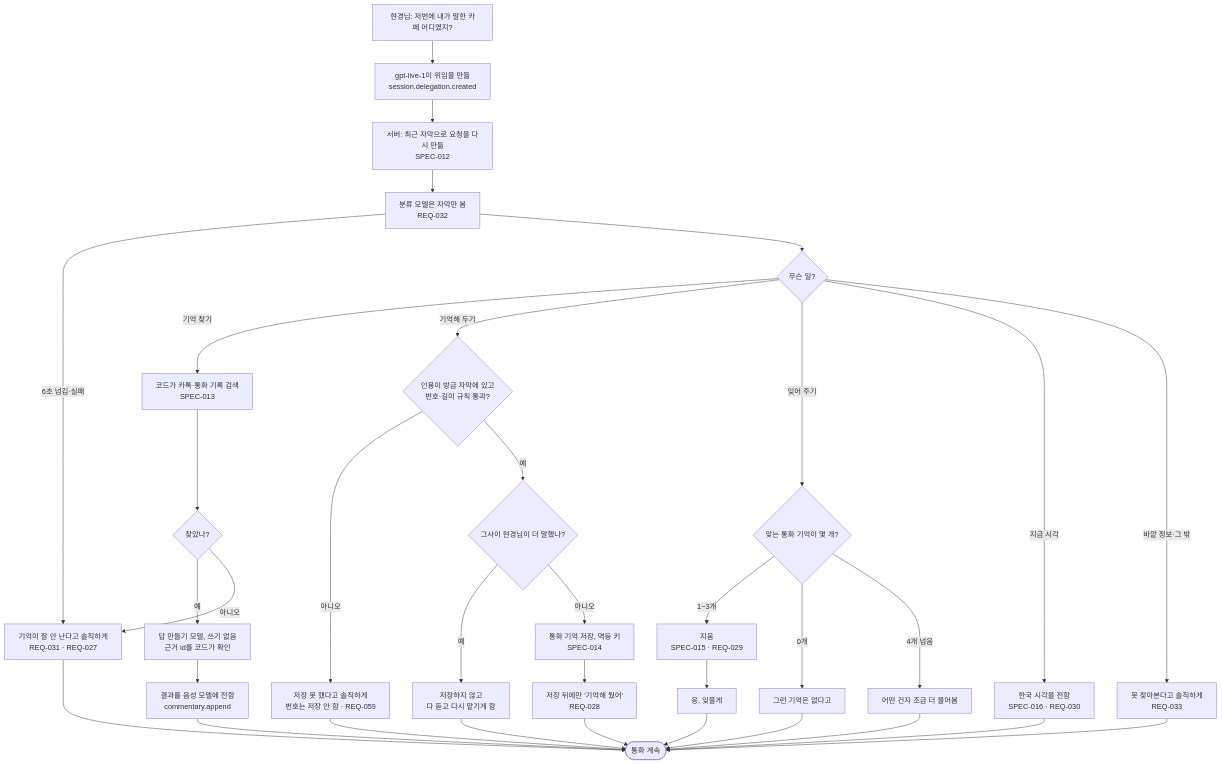
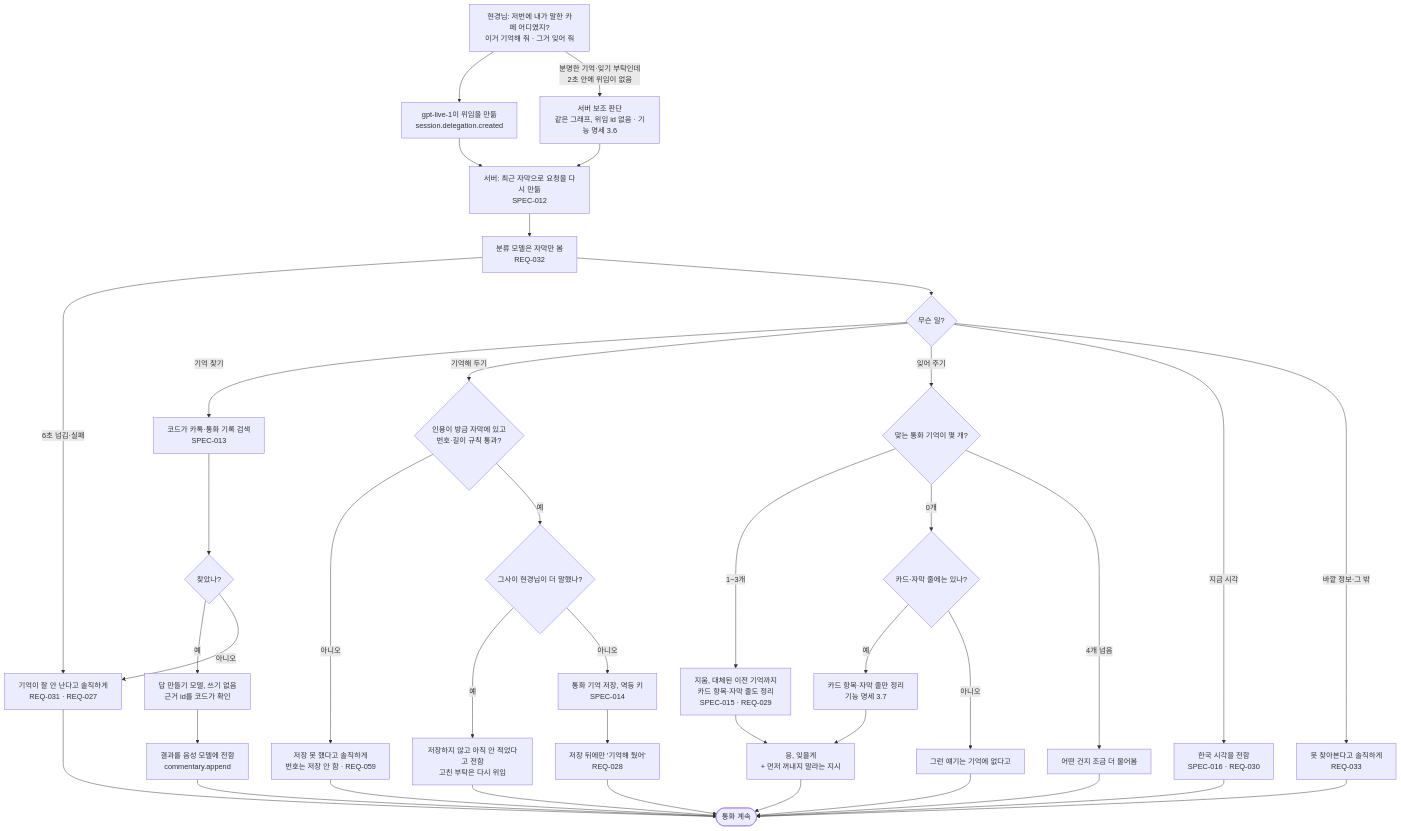
One commit to kodonghui/marong2 changed the diagram in docs/03-user-flow/FL-003-delegation.md. Above: the diagram before and after it, drawn with Mermaid. The commit also changed other lines of this file and 22 other files, not shown here.

````diff
--- a/docs/03-user-flow/FL-003-delegation.md
+++ b/docs/03-user-flow/FL-003-delegation.md
@@ -6,31 +6,35 @@
 ```mermaid
 flowchart TD
-  A["현경님: 저번에 내가 말한 카페 어디였지?"] --> B["gpt-live-1이 위임을 만듦<br/>session.delegation.created"]
+  A["현경님: 저번에 내가 말한 카페 어디였지?<br/>이거 기억해 줘 · 그거 잊어 줘"] --> B["gpt-live-1이 위임을 만듦<br/>session.delegation.created"]
+  A -->|"분명한 기억·잊기 부탁인데<br/>2초 안에 위임이 없음"| B2["서버 보조 판단<br/>같은 그래프, 위임 id 없음 · 기능 명세 3.6"]
   B --> C["서버: 최근 자막으로 요청을 다시 만듦<br/>SPEC-012"]
+  B2 --> C
   C --> D["분류 모델은 자막만 봄<br/>REQ-032"]
   D -->|"6초 넘김·실패"| N["기억이 잘 안 난다고 솔직하게<br/>REQ-031 · REQ-027"]
   D --> E{"무슨 일?"}
   E -->|"기억 찾기"| F["코드가 카톡·통화 기록 검색<br/>SPEC-013"]
   F --> F1{"찾았나?"}
   F1 -->|예| F2["답 만들기 모델, 쓰기 없음<br/>근거 id를 코드가 확인"] --> R["결과를 음성 모델에 전함<br/>commentary.append"]
   F1 -->|아니오| N
   E -->|"기억해 두기"| G{"인용이 방금 자막에 있고<br/>번호·길이 규칙 통과?"}
   G -->|아니오| N2["저장 못 했다고 솔직하게<br/>번호는 저장 안 함 · REQ-059"]
   G -->|예| G1{"그사이 현경님이 더 말했나?"}
-  G1 -->|예| G2["저장하지 않고<br/>다 듣고 다시 맡기게 함"]
+  G1 -->|예| G2["저장하지 않고 아직 안 적었다고 전함<br/>고친 부탁은 다시 위임"]
   G1 -->|아니오| G3["통화 기억 저장, 멱등 키<br/>SPEC-014"] --> R2["저장 뒤에만 '기억해 뒀어'<br/>REQ-028"]
   E -->|"잊어 주기"| H{"맞는 통화 기억이 몇 개?"}
-  H -->|"1~3개"| H1["지움<br/>SPEC-015 · REQ-029"] --> R3["응, 잊을게"]
-  H -->|"0개"| H0["그런 기억은 없다고"] --> Z
+  H -->|"1~3개"| H1["지움, 대체된 이전 기억까지<br/>카드 항목·자막 줄도 정리<br/>SPEC-015 · REQ-029"] --> R3["응, 잊을게<br/>+ 먼저 꺼내지 말라는 지시"]
+  H -->|"0개"| H5{"카드·자막 줄에는 있나?"}
+  H5 -->|예| H6["카드 항목·자막 줄만 정리<br/>기능 명세 3.7"] --> R3
+  H5 -->|아니오| H0["그런 얘기는 기억에 없다고"] --> Z
   H -->|"4개 넘음"| H4["어떤 건지 조금 더 물어봄"] --> Z
   E -->|"지금 시각"| T["한국 시각을 전함<br/>SPEC-016 · REQ-030"]
   E -->|"바깥 정보·그 밖"| O["못 찾아본다고 솔직하게<br/>REQ-033"]
   R --> Z(["통화 계속"])
   N --> Z
   N2 --> Z
   G2 --> Z
   R2 --> Z
   R3 --> Z
   T --> Z
   O --> Z
 ```
````
